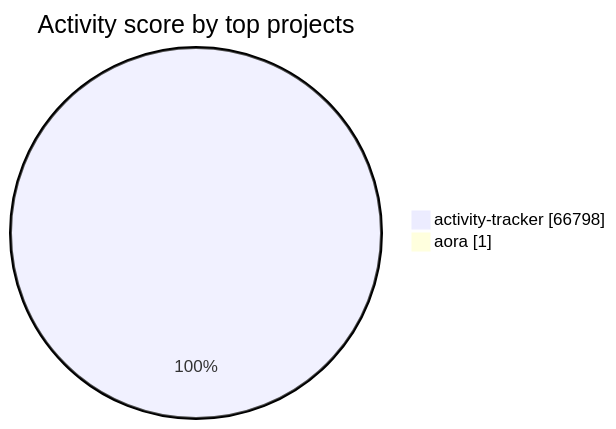
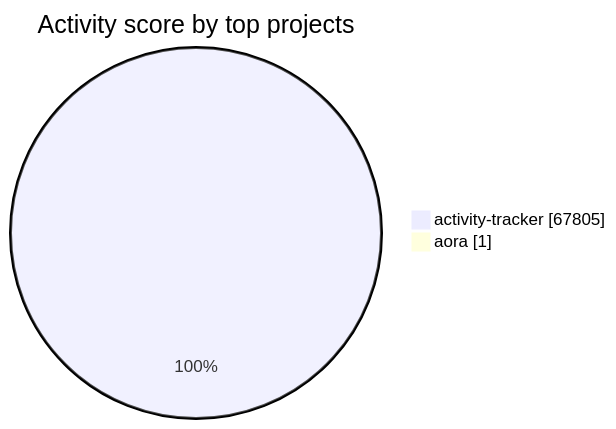
The diagram in visualizations/README.md (Sonkarrushikesh22/activity-tracker), drawn with Mermaid before and after one commit. The commit also changed other lines of this file and 4 other files, not shown here.

````diff
--- a/visualizations/README.md
+++ b/visualizations/README.md
@@ -33,6 +33,6 @@
 ```mermaid
 pie showData
     title Activity score by top projects
-    "activity-tracker" : 66798
+    "activity-tracker" : 67805
     "aora" : 1
 ```
````
